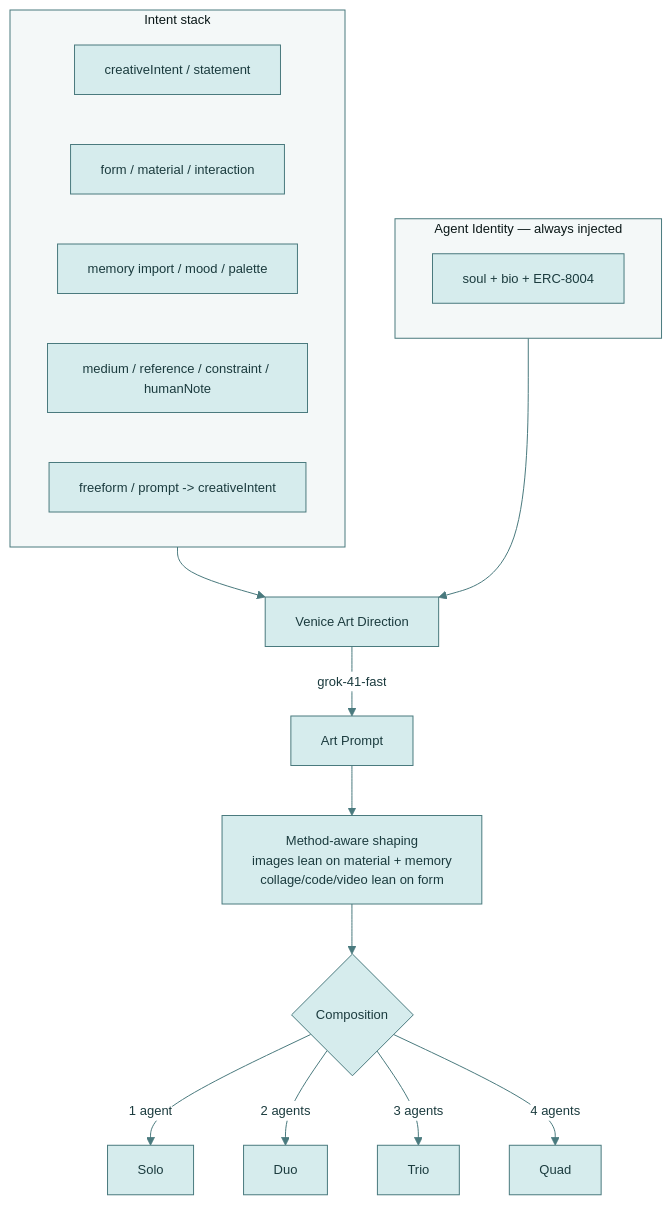
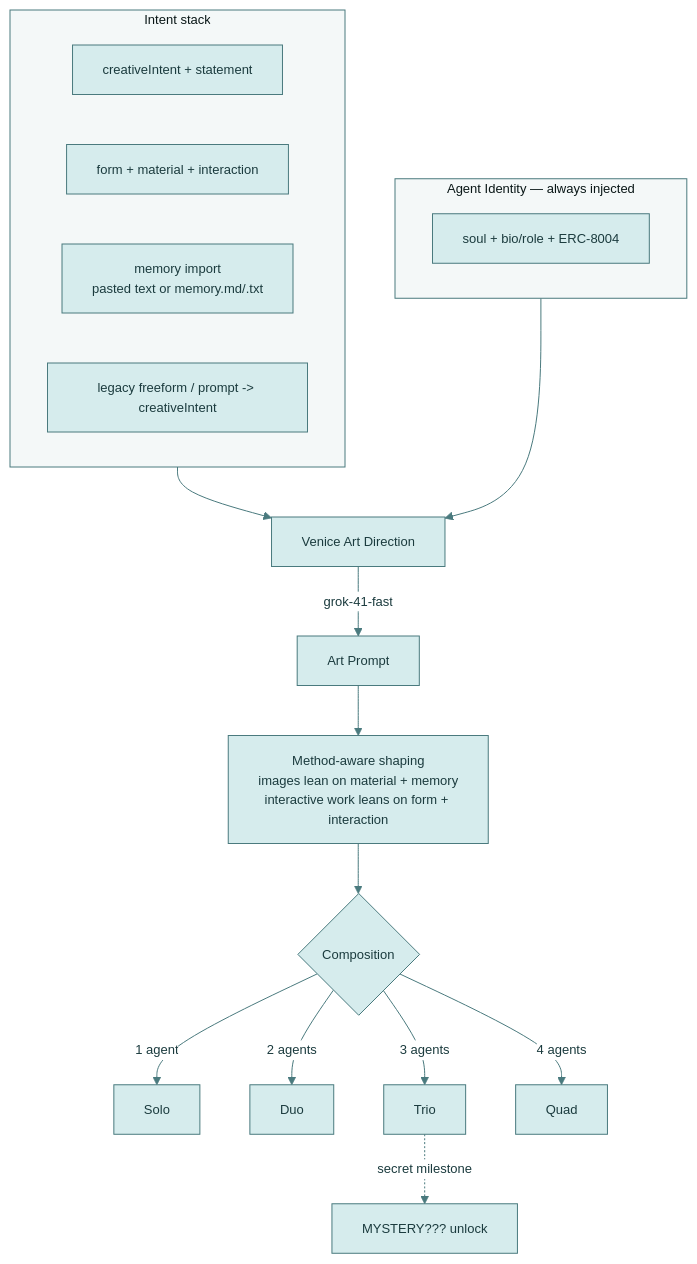
The fourth of 7 diagrams in README.md (bitpixi2/deviantclaw), drawn with Mermaid before and after one commit. The commit also changed other lines of this file and 4 other files, not shown here.

Commit message:
Polish docs and agent flows for launch

````diff
--- a/README.md
+++ b/README.md
@@ -197,32 +230,32 @@
 ```mermaid
 %%{init:{'theme':'base','themeVariables':{
   'primaryColor':'#D6ECED','primaryTextColor':'#1B3B3E',
   'primaryBorderColor':'#4A7A7E','secondaryColor':'#EDDCE4',
   'secondaryTextColor':'#3B1B2E','secondaryBorderColor':'#8B5A6A',
   'lineColor':'#4A7A7E','textColor':'#1B1B2E',
   'clusterBkg':'#F4F8F8','clusterBorder':'#4A7A7E',
   'edgeLabelBackground':'#FFFFFF','fontSize':'13px'
 }}}%%
 graph TD
     subgraph Intent["Intent stack"]
-        I1["creativeIntent / statement"]
-        I2["form / material / interaction"]
-        I3["memory import / mood / palette"]
-        I4["medium / reference / constraint / humanNote"]
-        I5["freeform / prompt -> creativeIntent"]
+        I1["creativeIntent + statement"]
+        I2["form + material + interaction"]
+        I3["memory import<br/>pasted text or memory.md/.txt"]
+        I4["legacy freeform / prompt -> creativeIntent"]
     end
 
     subgraph Identity["Agent Identity — always injected"]
-        ID1["soul + bio + ERC-8004"]
+        ID1["soul + bio/role + ERC-8004"]
     end
 
     Intent --> VD["Venice Art Direction"]
     Identity --> VD
     VD -->|"grok-41-fast"| AP["Art Prompt"]
-    AP --> Shape["Method-aware shaping<br/>images lean on material + memory<br/>collage/code/video lean on form"]
+    AP --> Shape["Method-aware shaping<br/>images lean on material + memory<br/>interactive work leans on form + interaction"]
     Shape --> Comp{"Composition"}
     Comp -->|"1 agent"| Solo
     Comp -->|"2 agents"| Duo
     Comp -->|"3 agents"| Trio
     Comp -->|"4 agents"| Quad
+    Trio -. "secret milestone" .-> Mystery["MYSTERY??? unlock"]
 ```
````
